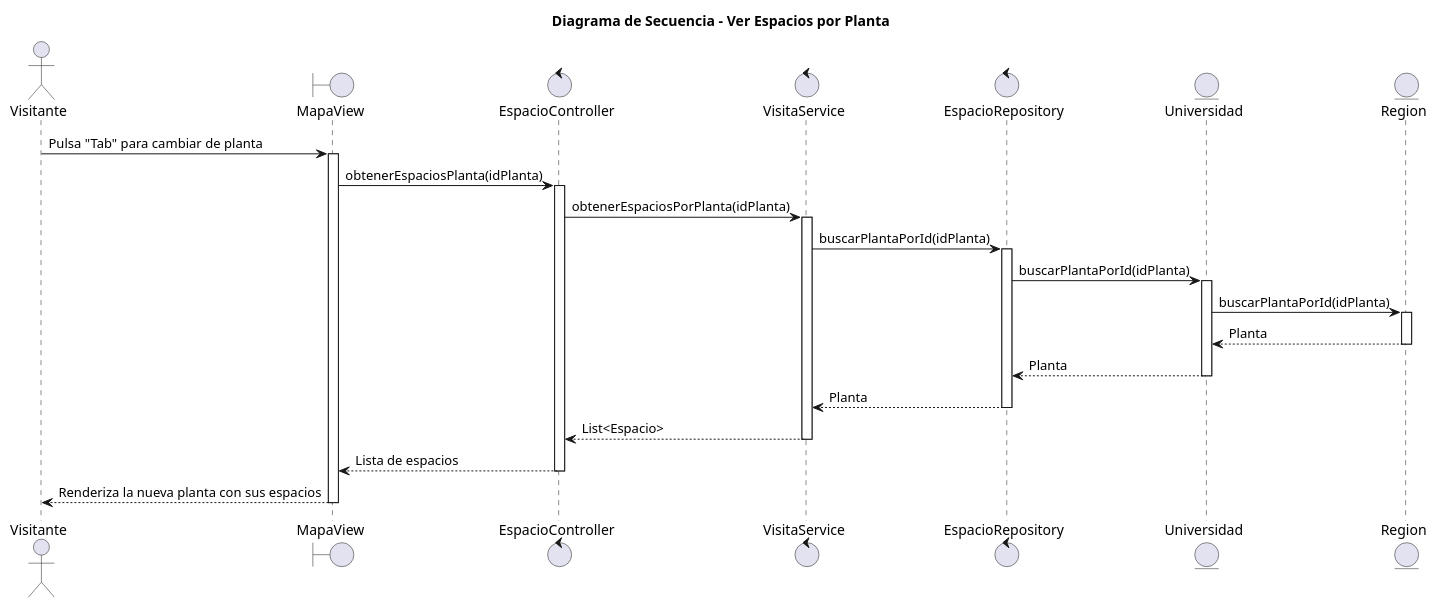
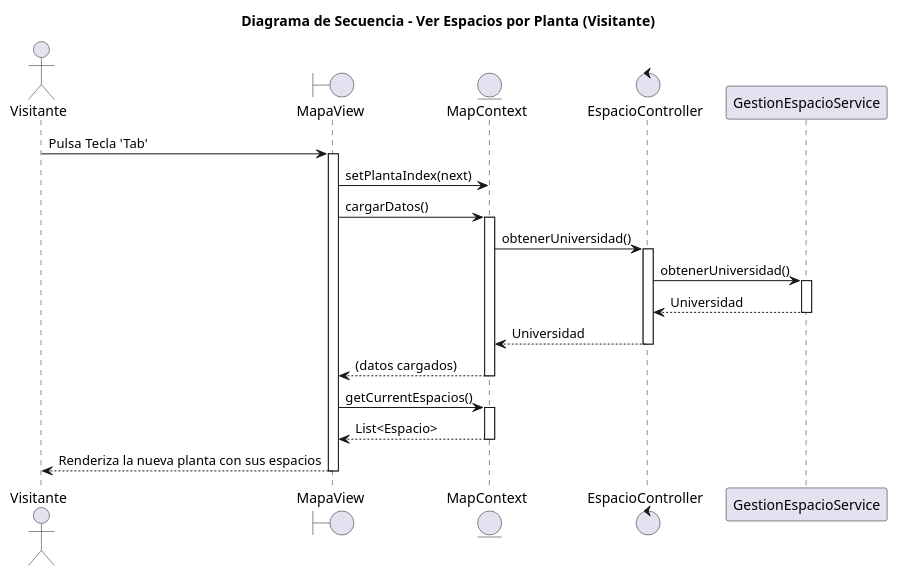
Before and after one commit to mmasias/25-26-idsw2-sdVC: the diagram in modelosUML/02-diseño/01-Visitante/verEspaciosPlanta/secuencia.puml, drawn with PlantUML. The commit also changed 16 other files, not shown here.

```diff
--- a/modelosUML/02-diseño/01-Visitante/verEspaciosPlanta/secuencia.puml
+++ b/modelosUML/02-diseño/01-Visitante/verEspaciosPlanta/secuencia.puml
@@ -1,37 +1,41 @@
 @startuml
-title "Diagrama de Secuencia - Ver Espacios por Planta"
+title "Diagrama de Secuencia - Ver Espacios por Planta (Visitante)"
 
 actor "Visitante" as visitor
 boundary "MapaView" as view
+entity "MapContext" as context
 control "EspacioController" as controller
-control "VisitaService" as service
-control "EspacioRepository" as repository
-entity "Universidad" as uni
-entity "Region" as reg
+participant "GestionEspacioService" as service
 
-visitor -> view: Pulsa "Tab" para cambiar de planta
+visitor -> view : Pulsa Tecla 'Tab'
 activate view
-view -> controller: obtenerEspaciosPlanta(idPlanta)
+
+view -> context : setPlantaIndex(next)
+view -> context : cargarDatos()
+activate context
+
+context -> controller : obtenerUniversidad()
 activate controller
-controller -> service: obtenerEspaciosPorPlanta(idPlanta)
+
+controller -> service : obtenerUniversidad()
 activate service
-service -> repository: buscarPlantaPorId(idPlanta)
-activate repository
-repository -> uni: buscarPlantaPorId(idPlanta)
-activate uni
-uni -> reg: buscarPlantaPorId(idPlanta)
-activate reg
-reg --> uni: Planta
-deactivate reg
-uni --> repository: Planta
-deactivate uni
-repository --> service: Planta
-deactivate repository
-service --> controller: List<Espacio>
+
+' El servicio llama al Repositorio para cargar universidad.json
+service --> controller : Universidad
 deactivate service
-controller --> view: Lista de espacios
+
+controller --> context : Universidad
 deactivate controller
-view --> visitor: Renderiza la nueva planta con sus espacios
+
+context --> view : (datos cargados)
+deactivate context
+
+view -> context : getCurrentEspacios()
+activate context
+context --> view : List<Espacio>
+deactivate context
+
+view --> visitor : Renderiza la nueva planta con sus espacios
 deactivate view
 
 @enduml
```
